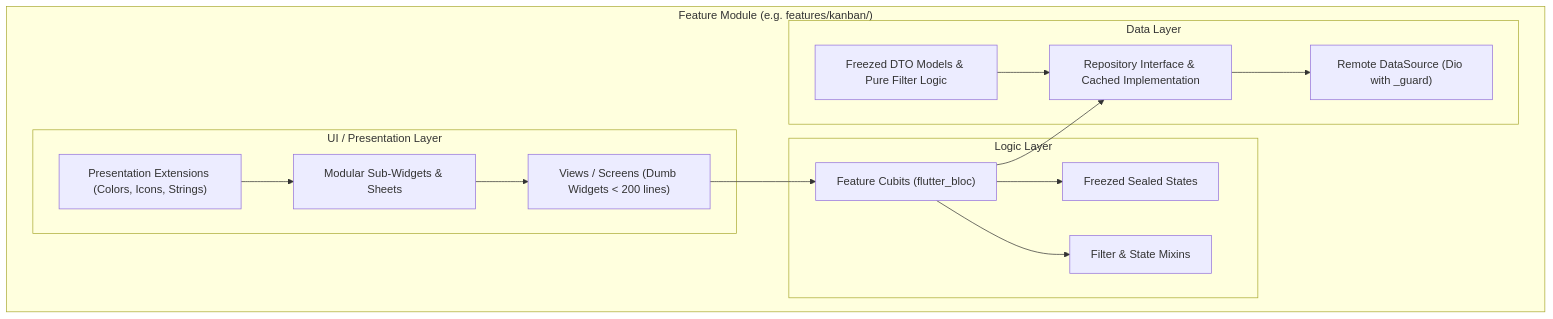
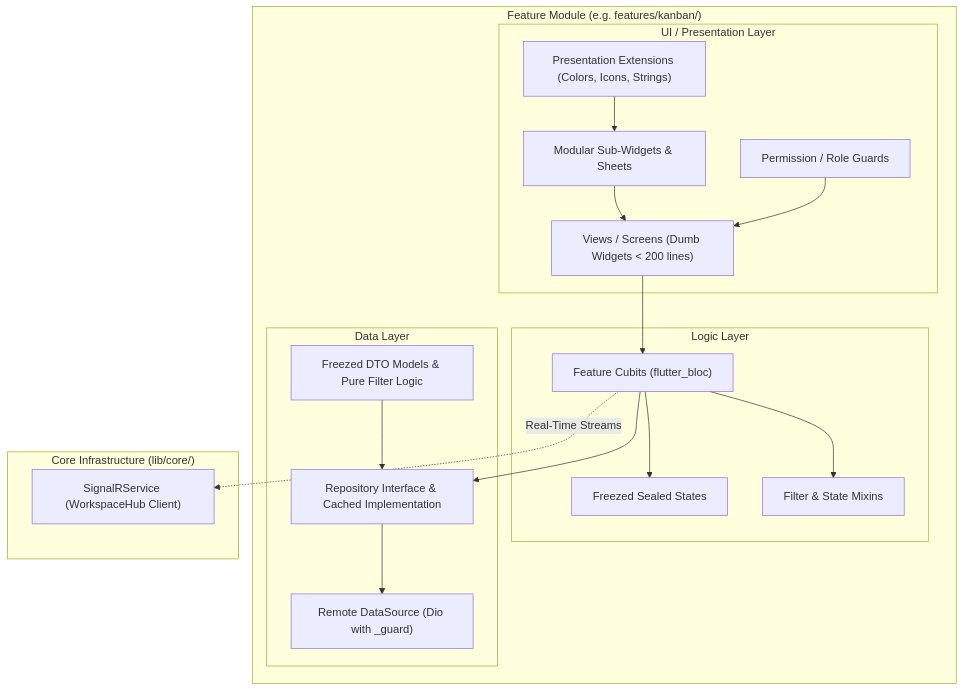
One commit to Clark605/ProjectHub changed the first of 3 diagrams in docs/frontend-architecture.md. Above: the diagram before and after it, drawn with Mermaid. The commit also changed other lines of this file and 8 other files, not shown here.

````diff
--- a/docs/frontend-architecture.md
+++ b/docs/frontend-architecture.md
@@ -11,31 +11,38 @@
 ```mermaid
 graph TD
     subgraph FeatureModule ["Feature Module (e.g. features/kanban/)"]
         subgraph UILayer ["UI / Presentation Layer"]
             Screen["Views / Screens (Dumb Widgets < 200 lines)"]
             Widgets["Modular Sub-Widgets & Sheets"]
             UIExtensions["Presentation Extensions (Colors, Icons, Strings)"]
+            Guards["Permission / Role Guards"]
         end
 
         subgraph LogicLayer ["Logic Layer"]
             Cubit["Feature Cubits (flutter_bloc)"]
             State["Freezed Sealed States"]
             FilterMixins["Filter & State Mixins"]
         end
 
         subgraph DataLayer ["Data Layer"]
             Repository["Repository Interface & Cached Implementation"]
             RemoteDataSource["Remote DataSource (Dio with _guard)"]
             Models["Freezed DTO Models & Pure Filter Logic"]
         end
     end
 
+    subgraph RealTimeInfrastructure ["Core Infrastructure (lib/core/)"]
+        SignalRService["SignalRService (WorkspaceHub Client)"]
+    end
+
     Screen --> Cubit
     Widgets --> Screen
     UIExtensions --> Widgets
+    Guards --> Screen
     Cubit --> State
     Cubit --> FilterMixins
     Cubit --> Repository
+    Cubit -.->|Real-Time Streams| SignalRService
     Repository --> RemoteDataSource
     Models --> Repository
 ```
````
